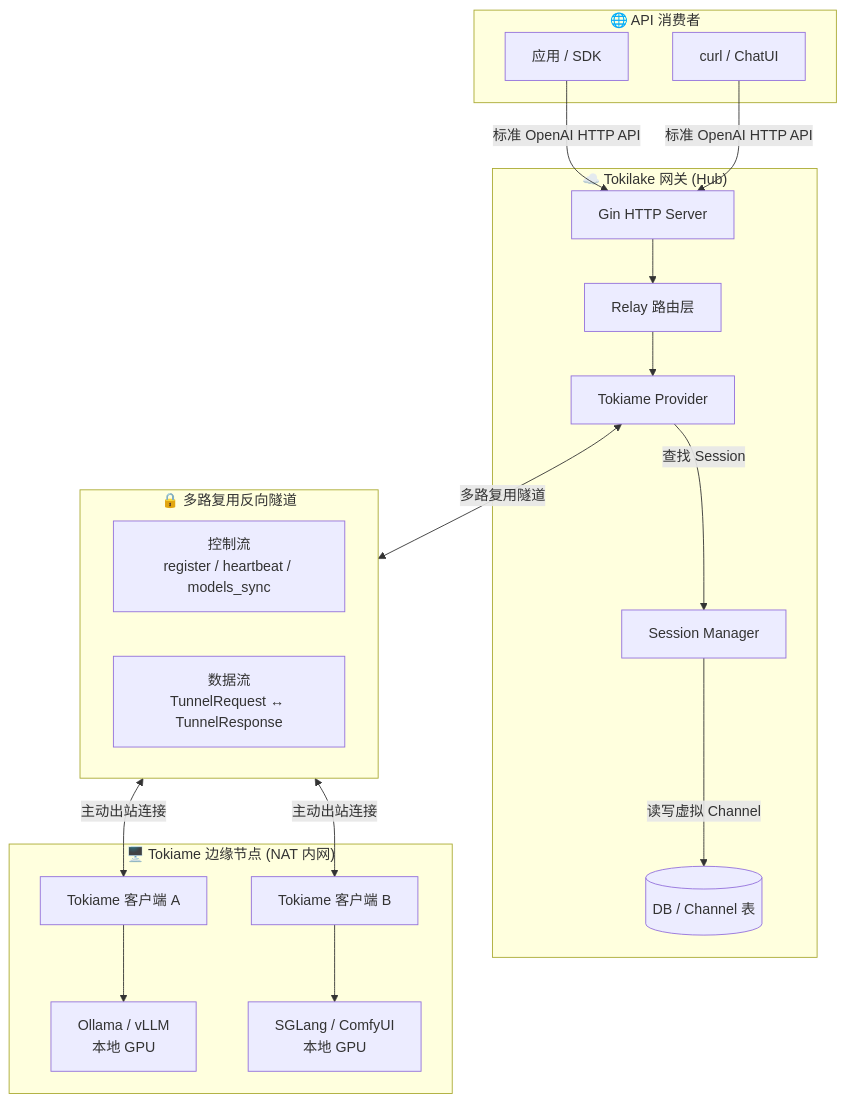
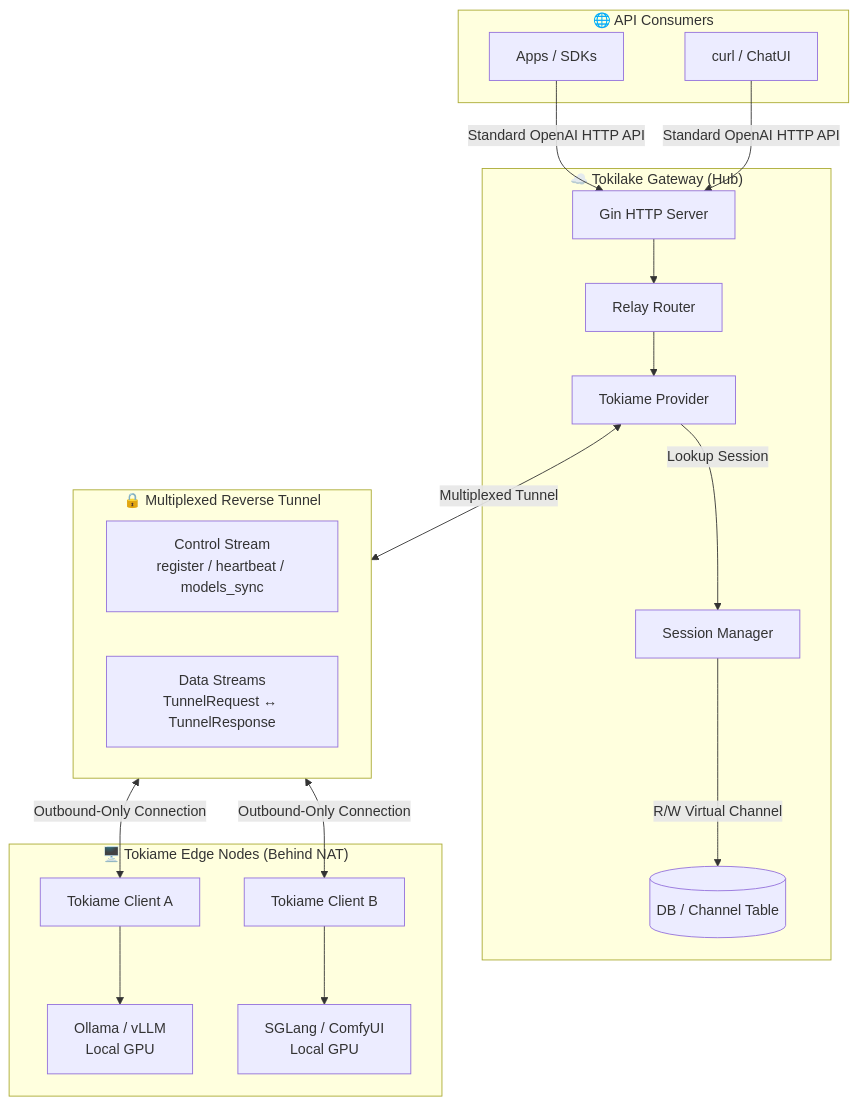
The diagram in README.md (Tokimorphling/Tokilake), drawn with Mermaid before and after one commit. The commit also changed other lines of this file and 7 other files, not shown here.

````diff
--- a/README.md
+++ b/README.md
@@ -44,37 +45,37 @@
 ```mermaid
 graph TB
-    subgraph Users ["🌐 API 消费者"]
-        U1["应用 / SDK"]
+    subgraph Users ["🌐 API Consumers"]
+        U1["Apps / SDKs"]
         U2["curl / ChatUI"]
     end
 
-    subgraph Gateway ["☁️ Tokilake 网关 (Hub)"]
+    subgraph Gateway ["☁️ Tokilake Gateway (Hub)"]
         GIN["Gin HTTP Server"]
-        RELAY["Relay 路由层"]
+        RELAY["Relay Router"]
         PROV["Tokiame Provider"]
         SM["Session Manager"]
-        DB[("DB / Channel 表")]
+        DB[("DB / Channel Table")]
         GIN --> RELAY --> PROV
-        PROV -->|"查找 Session"| SM
-        SM -->|"读写虚拟 Channel"| DB
+        PROV -->|"Lookup Session"| SM
+        SM -->|"R/W Virtual Channel"| DB
     end
 
-    subgraph Tunnel ["🔒 多路复用反向隧道"]
+    subgraph Tunnel ["🔒 Multiplexed Reverse Tunnel"]
         direction LR
-        CTRL["控制流<br/>register / heartbeat / models_sync"]
-        DATA["数据流<br/>TunnelRequest ↔ TunnelResponse"]
+        CTRL["Control Stream<br/>register / heartbeat / models_sync"]
+        DATA["Data Streams<br/>TunnelRequest ↔ TunnelResponse"]
     end
 
-    subgraph Workers ["🖥️ Tokiame 边缘节点 (NAT 内网)"]
-        W1["Tokiame 客户端 A"]
-        W2["Tokiame 客户端 B"]
-        B1["Ollama / vLLM<br/>本地 GPU"]
-        B2["SGLang / ComfyUI<br/>本地 GPU"]
+    subgraph Workers ["🖥️ Tokiame Edge Nodes (Behind NAT)"]
+        W1["Tokiame Client A"]
+        W2["Tokiame Client B"]
+        B1["Ollama / vLLM<br/>Local GPU"]
+        B2["SGLang / ComfyUI<br/>Local GPU"]
         W1 --> B1
         W2 --> B2
     end
 
-    U1 & U2 -->|"标准 OpenAI HTTP API"| GIN
-    PROV <-->|"多路复用隧道"| Tunnel
-    Tunnel <-->|"主动出站连接"| W1 & W2
+    U1 & U2 -->|"Standard OpenAI HTTP API"| GIN
+    PROV <-->|"Multiplexed Tunnel"| Tunnel
+    Tunnel <-->|"Outbound-Only Connection"| W1 & W2
 ```
````
